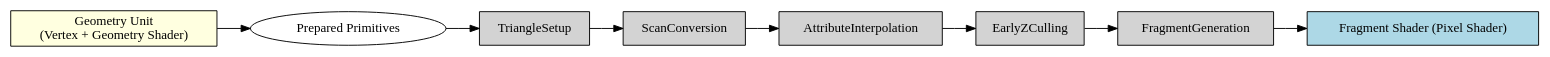
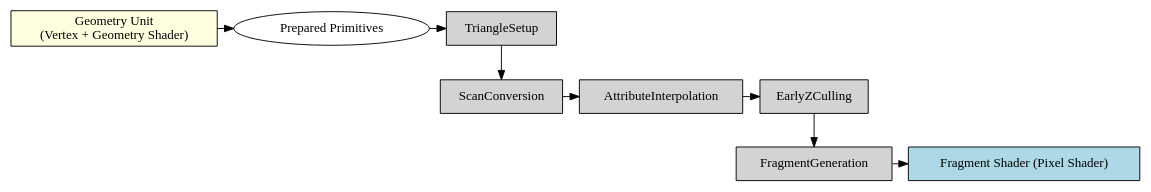
One commit to Jonathan2251/lbd changed the diagram in Fig/gpu/rasterization-pipeline.gv. Above: the diagram before and after it, drawn with Graphviz. The commit also changed 15 other files, not shown here.

```diff
--- a/Fig/gpu/rasterization-pipeline.gv
+++ b/Fig/gpu/rasterization-pipeline.gv
@@ -1,17 +1,21 @@
 digraph RasterizationPipeline {
-    rankdir=LR;
+    rankdir=TB;
     node [shape=box, style=filled, fillcolor=lightgray];
 
+    FragmentShader [label="Fragment Shader (Pixel Shader)", fillcolor=lightblue];
     GeometryUnit [label="Geometry Unit\n(Vertex + Geometry Shader)", fillcolor=lightyellow];
     GeometryUnit -> PreparedPrimitives;
     PreparedPrimitives [label="Prepared Primitives", shape=ellipse, fillcolor=white];
 
     PreparedPrimitives -> TriangleSetup;
     TriangleSetup -> ScanConversion;
     ScanConversion -> AttributeInterpolation;
     AttributeInterpolation -> EarlyZCulling;
     EarlyZCulling -> FragmentGeneration;
     FragmentGeneration -> FragmentShader;
 
-    FragmentShader [label="Fragment Shader (Pixel Shader)", fillcolor=lightblue];
+    // === Layering for better spacing ===
+    { rank = same; GeometryUnit; PreparedPrimitives; TriangleSetup }
+    { rank = same; ScanConversion; AttributeInterpolation; EarlyZCulling }
+    { rank = same; FragmentGeneration; FragmentShader }
 }
```
